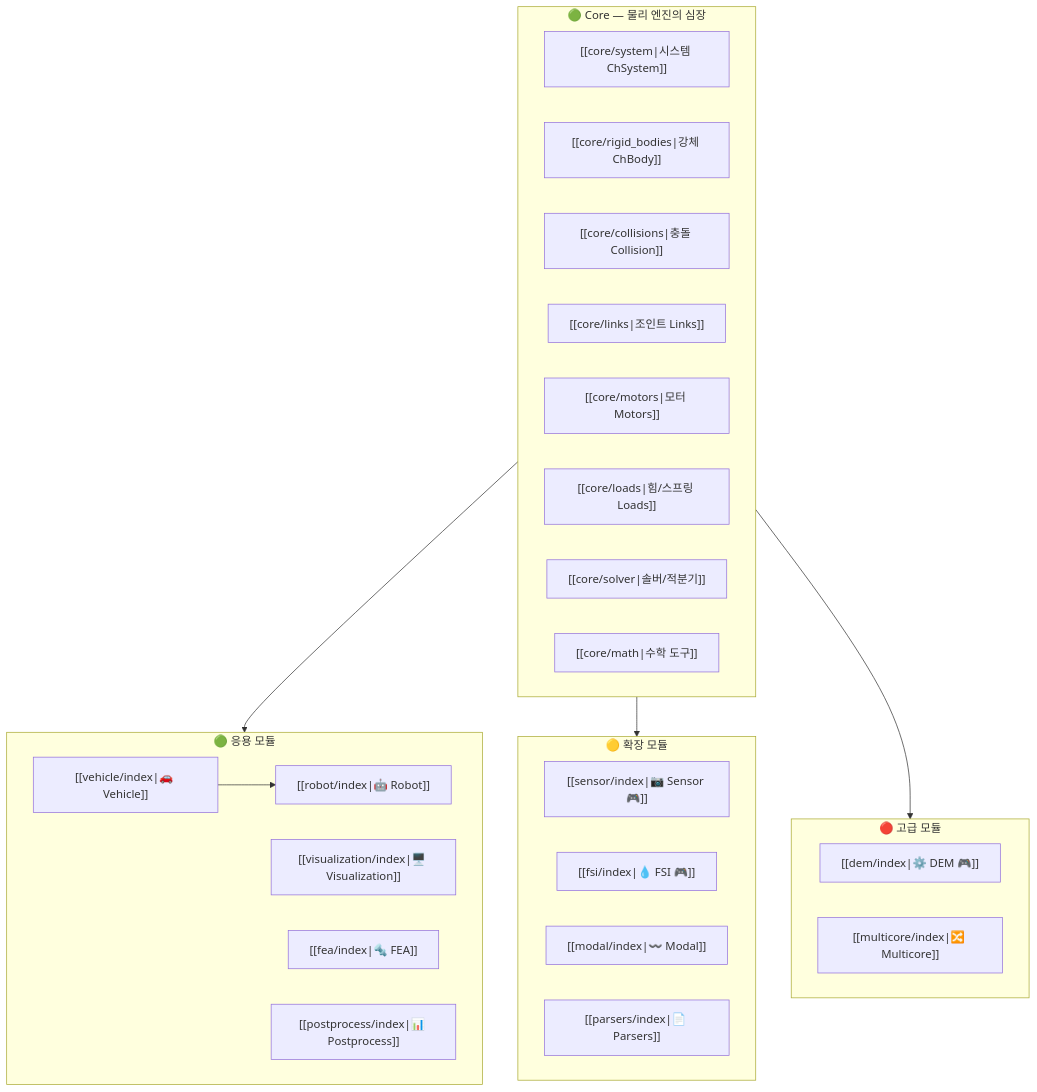
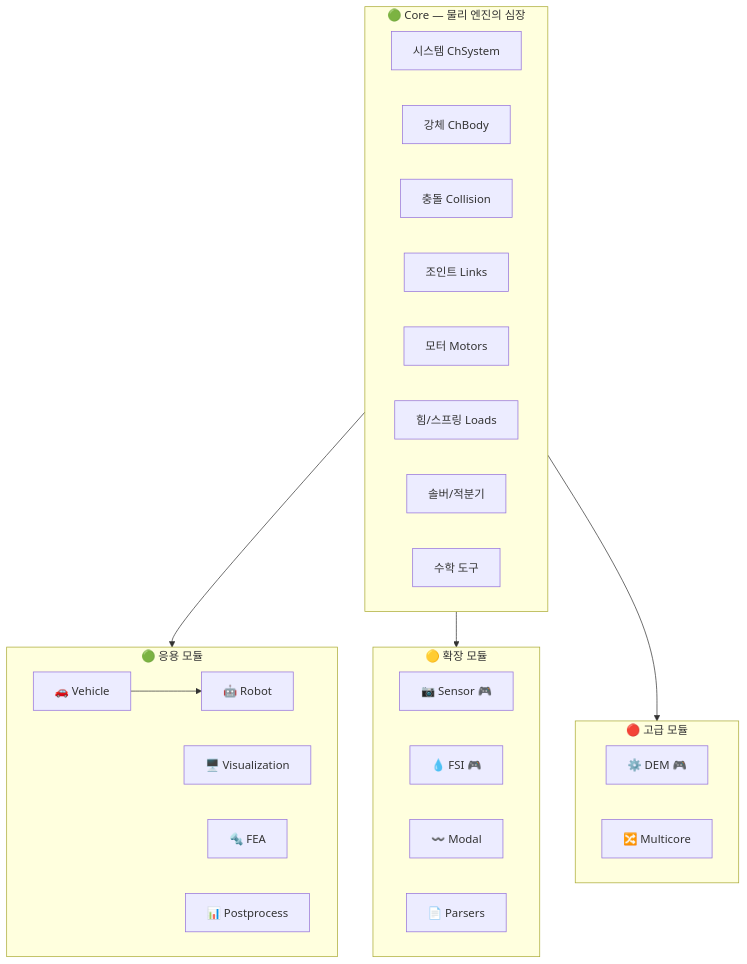
Before and after one commit to Poesy-Lab/Project_Chrono_Practice: the first of 4 diagrams in docs/index.md, drawn with Mermaid. The commit also changed other lines of this file, not shown here.

Commit message:
Mermaid 블록 내 옵시디언 위키링크 제거 (렌더링 호환성)

````diff
--- a/docs/index.md
+++ b/docs/index.md
@@ -15,38 +15,38 @@
 ```mermaid
 flowchart TD
     subgraph CORE["🟢 Core — 물리 엔진의 심장"]
-        SYS["[[core/system|시스템 ChSystem]]"]
-        BODY["[[core/rigid_bodies|강체 ChBody]]"]
-        COL["[[core/collisions|충돌 Collision]]"]
-        LINK["[[core/links|조인트 Links]]"]
-        MOTOR["[[core/motors|모터 Motors]]"]
-        LOAD["[[core/loads|힘/스프링 Loads]]"]
-        SOLVER["[[core/solver|솔버/적분기]]"]
-        MATH["[[core/math|수학 도구]]"]
+        SYS["시스템 ChSystem"]
+        BODY["강체 ChBody"]
+        COL["충돌 Collision"]
+        LINK["조인트 Links"]
+        MOTOR["모터 Motors"]
+        LOAD["힘/스프링 Loads"]
+        SOLVER["솔버/적분기"]
+        MATH["수학 도구"]
     end
 
     subgraph APP["🟢 응용 모듈"]
-        VEH["[[vehicle/index|🚗 Vehicle]]"]
-        ROB["[[robot/index|🤖 Robot]]"]
-        VIS["[[visualization/index|🖥️ Visualization]]"]
-        FEA_M["[[fea/index|🔩 FEA]]"]
-        POST["[[postprocess/index|📊 Postprocess]]"]
+        VEH["🚗 Vehicle"]
+        ROB["🤖 Robot"]
+        VIS["🖥️ Visualization"]
+        FEA_M["🔩 FEA"]
+        POST["📊 Postprocess"]
     end
 
     subgraph EXT["🟡 확장 모듈"]
-        SENS["[[sensor/index|📷 Sensor 🎮]]"]
-        FSI_M["[[fsi/index|💧 FSI 🎮]]"]
-        MODAL["[[modal/index|〰️ Modal]]"]
-        PARS["[[parsers/index|📄 Parsers]]"]
+        SENS["📷 Sensor 🎮"]
+        FSI_M["💧 FSI 🎮"]
+        MODAL["〰️ Modal"]
+        PARS["📄 Parsers"]
     end
 
     subgraph ADV["🔴 고급 모듈"]
-        DEM_M["[[dem/index|⚙️ DEM 🎮]]"]
-        MC["[[multicore/index|🔀 Multicore]]"]
+        DEM_M["⚙️ DEM 🎮"]
+        MC["🔀 Multicore"]
     end
 
     CORE --> APP
     CORE --> EXT
     CORE --> ADV
     VEH --> ROB
 ```
````
